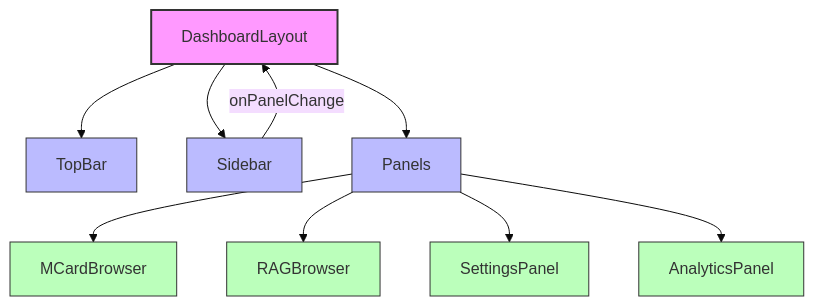
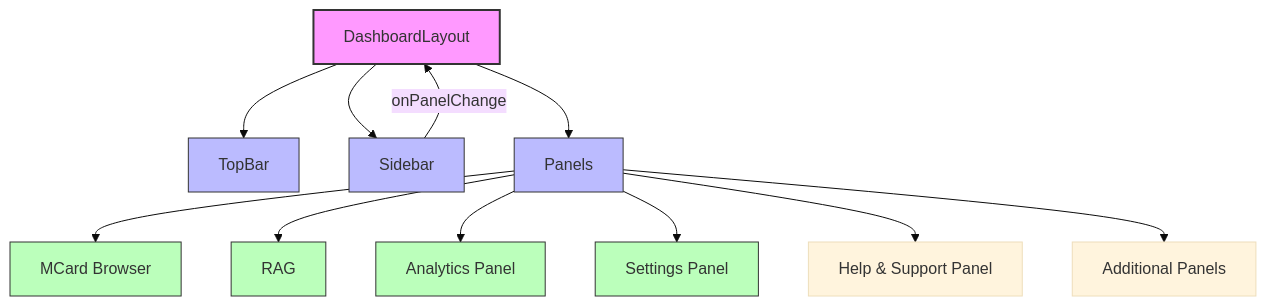
Before and after one commit to githubhenrykoo/PKC: the diagram in Docs/Components Documentation.md, drawn with Mermaid (base theme). The commit also changed other lines of this file, not shown here.

Commit message:
edit components documentation

````diff
--- a/Docs/Components Documentation.md
+++ b/Docs/Components Documentation.md
@@ -9,22 +9,24 @@
 ```mermaid
 graph TD
     A[DashboardLayout] --> B[TopBar]
     A --> C[Sidebar]
     A --> D[Panels]
     
     C -->|onPanelChange| A
     
-    D --> E[MCardBrowser]
-    D --> F[RAGBrowser]
-    D --> G[SettingsPanel]
-    D --> H[AnalyticsPanel]
+    D --> E[MCard Browser]
+    D --> F[RAG]
+    D --> G[Analytics Panel]
+    D --> H[Settings Panel]
+    D --> I[Help & Support Panel]
+    D --> J[Additional Panels]
     
     style A fill:#f9f,stroke:#333,stroke-width:2px
     style B fill:#bbf,stroke:#333,stroke-width:1px
     style C fill:#bbf,stroke:#333,stroke-width:1px
     style D fill:#bbf,stroke:#333,stroke-width:1px
     style E fill:#bfb,stroke:#333,stroke-width:1px
     style F fill:#bfb,stroke:#333,stroke-width:1px
     style G fill:#bfb,stroke:#333,stroke-width:1px
     style H fill:#bfb,stroke:#333,stroke-width:1px
 ```
````
